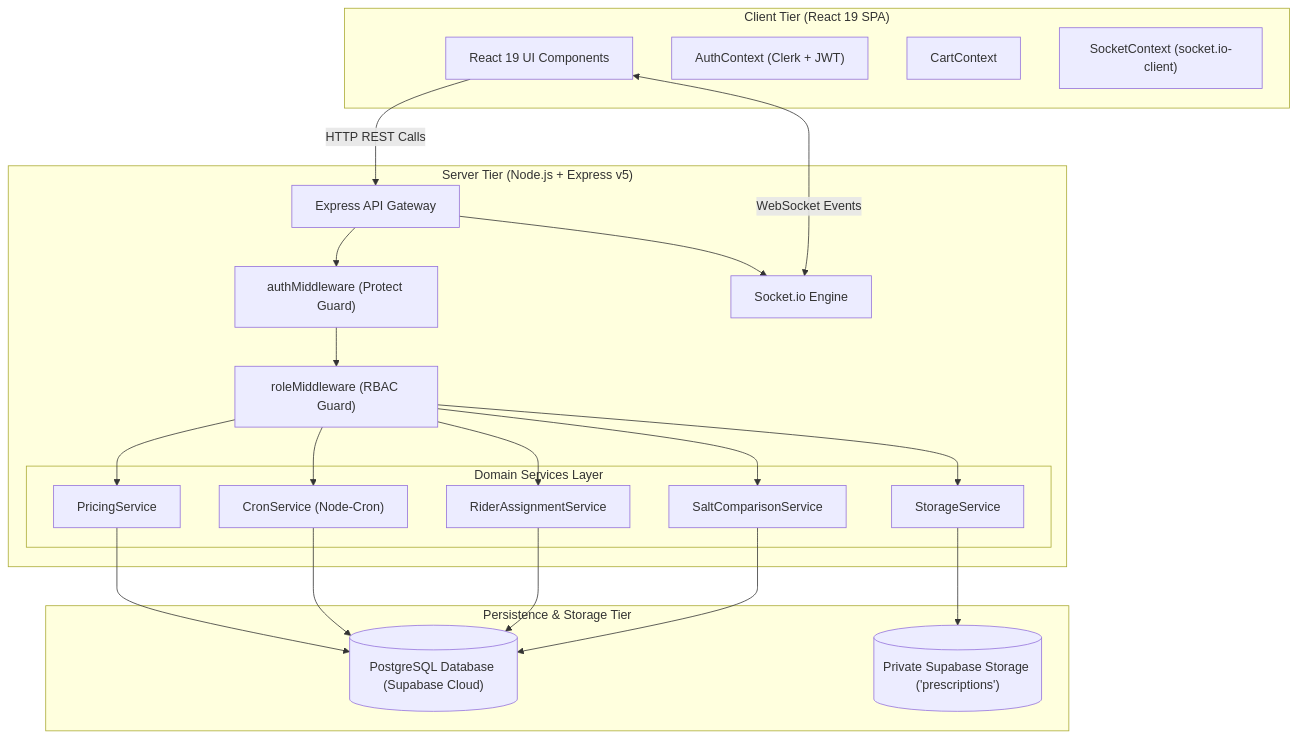
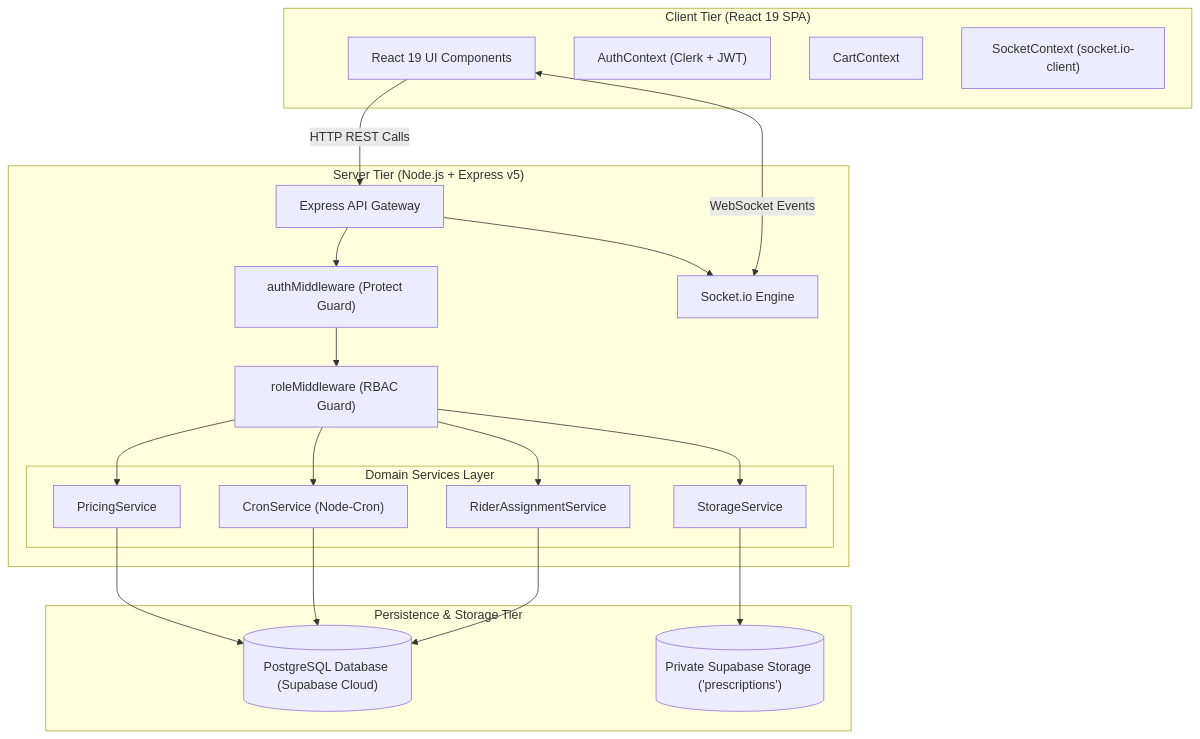
The first of 3 diagrams in PROJECT_GUIDE.md (em-srs/Medifly), drawn with Mermaid before and after one commit. The commit also changed other lines of this file and 2 other files, not shown here.

````diff
--- a/PROJECT_GUIDE.md
+++ b/PROJECT_GUIDE.md
@@ -285,45 +287,42 @@
 ```mermaid
 graph TB
     subgraph Client ["Client Tier (React 19 SPA)"]
         UI["React 19 UI Components"]
         AC["AuthContext (Clerk + JWT)"]
         CC["CartContext"]
         SC["SocketContext (socket.io-client)"]
     end
 
     subgraph Server ["Server Tier (Node.js + Express v5)"]
         EX["Express API Gateway"]
         MW_A["authMiddleware (Protect Guard)"]
         MW_R["roleMiddleware (RBAC Guard)"]
         
         subgraph Services ["Domain Services Layer"]
             PS["PricingService"]
             CS["CronService (Node-Cron)"]
             RAS["RiderAssignmentService"]
-            SCS["SaltComparisonService"]
             SS["StorageService"]
         end
         
         SIO["Socket.io Engine"]
     end
 
     subgraph Storage ["Persistence & Storage Tier"]
         DB[("PostgreSQL Database (Supabase Cloud)")]
         ST[("Private Supabase Storage ('prescriptions')")]
     end
 
     UI -->|"HTTP REST Calls"| EX
     UI <-->|"WebSocket Events"| SIO
     EX --> MW_A --> MW_R
     MW_R --> PS
     MW_R --> CS
     MW_R --> RAS
-    MW_R --> SCS
     MW_R --> SS
     PS --> DB
     CS --> DB
     RAS --> DB
-    SCS --> DB
     SS --> ST
     EX --> SIO
 ```
````
